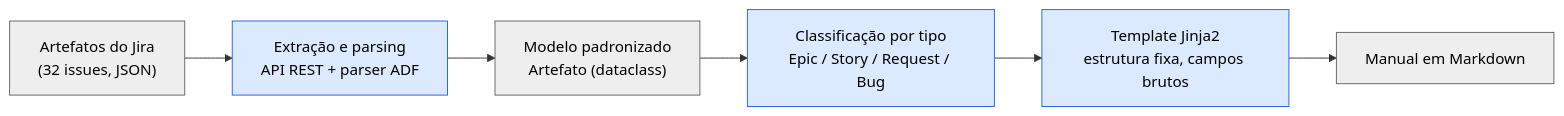
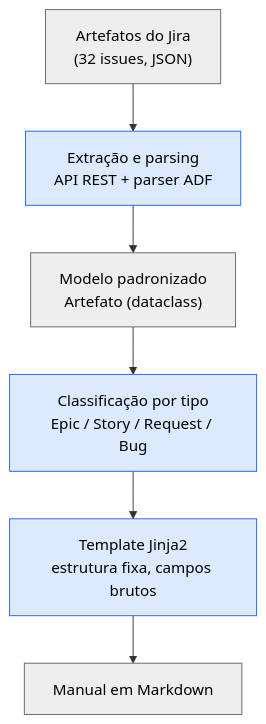
Before and after one commit to KarenStackoski/TCC: the first of 8 diagrams in docs/diagramas.md, drawn with Mermaid. The commit also changed other lines of this file and 4 other files, not shown here.

````diff
--- a/docs/diagramas.md
+++ b/docs/diagramas.md
@@ -31,16 +31,16 @@
 ```mermaid
-flowchart LR
+flowchart TB
     A["Artefatos do Jira<br/>(32 issues, JSON)"]:::dado
     B["Extração e parsing<br/>API REST + parser ADF"]:::regra
     C["Modelo padronizado<br/>Artefato (dataclass)"]:::dado
     D["Classificação por tipo<br/>Epic / Story / Request / Bug"]:::regra
     E["Template Jinja2<br/>estrutura fixa, campos brutos"]:::regra
     F["Manual em Markdown"]:::dado
 
     A --> B --> C --> D --> E --> F
 
     classDef dado fill:#eeeeee,stroke:#666,color:#000;
     classDef regra fill:#dbeafe,stroke:#2563eb,color:#000;
     classDef llm fill:#ffedd5,stroke:#ea580c,color:#000;
     classDef humano fill:#dcfce7,stroke:#16a34a,color:#000;
 ```
````
